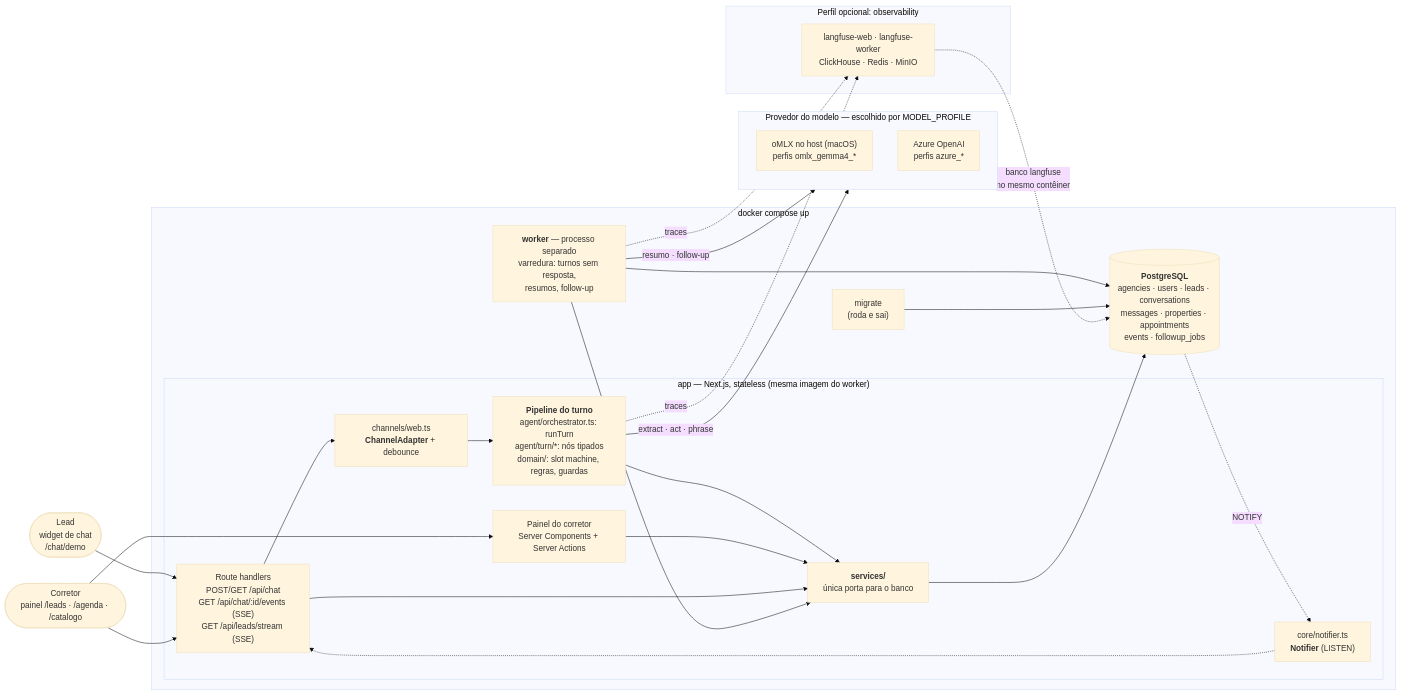
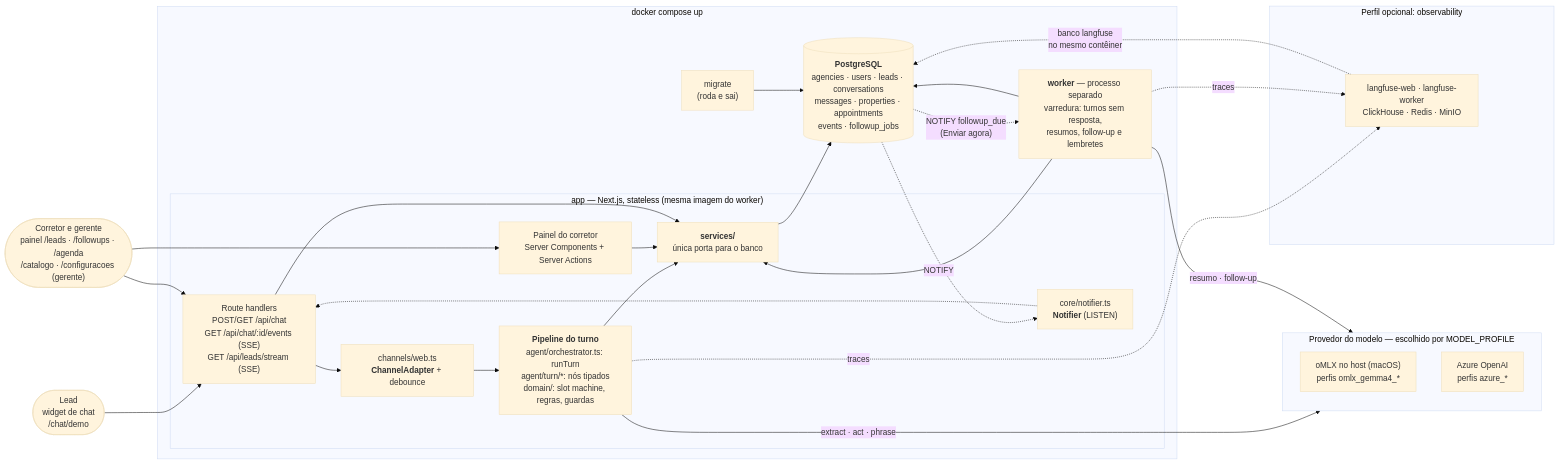
Before and after one commit to leanseefeld/8iadt-tc-fase5-agente-sdr-imobiliario: the first of 2 diagrams in docs/arquitetura/visao-geral.md, drawn with Mermaid (base theme). The commit also changed other lines of this file and 21 other files, not shown here.

````diff
--- a/docs/arquitetura/visao-geral.md
+++ b/docs/arquitetura/visao-geral.md
@@ -20,48 +20,49 @@
 ```mermaid
 flowchart LR
     lead(["Lead<br/>widget de chat<br/>/chat/demo"])
-    broker(["Corretor<br/>painel /leads · /agenda · /catalogo"])
+    broker(["Corretor e gerente<br/>painel /leads · /followups · /agenda<br/>/catalogo · /configuracoes (gerente)"])
 
     subgraph compose["docker compose up"]
         subgraph app["app — Next.js, stateless (mesma imagem do worker)"]
             routes["Route handlers<br/>POST/GET /api/chat<br/>GET /api/chat/:id/events (SSE)<br/>GET /api/leads/stream (SSE)"]
             ui["Painel do corretor<br/>Server Components + Server Actions"]
             web["channels/web.ts<br/><b>ChannelAdapter</b> + debounce"]
             turn["<b>Pipeline do turno</b><br/>agent/orchestrator.ts: runTurn<br/>agent/turn/*: nós tipados<br/>domain/: slot machine, regras, guardas"]
             svc["<b>services/</b><br/>única porta para o banco"]
             notif["core/notifier.ts<br/><b>Notifier</b> (LISTEN)"]
         end
-        worker["<b>worker</b> — processo separado<br/>varredura: turnos sem resposta,<br/>resumos, follow-up"]
+        worker["<b>worker</b> — processo separado<br/>varredura: turnos sem resposta,<br/>resumos, follow-up e lembretes"]
         pg[("<b>PostgreSQL</b><br/>agencies · users · leads · conversations<br/>messages · properties · appointments<br/>events · followup_jobs")]
         migrate["migrate<br/>(roda e sai)"]
     end
 
     subgraph modelo["Provedor do modelo — escolhido por MODEL_PROFILE"]
         omlx["oMLX no host (macOS)<br/>perfis omlx_gemma4_*"]
         azure["Azure OpenAI<br/>perfis azure_*"]
     end
 
     subgraph obs["Perfil opcional: observability"]
         lf["langfuse-web · langfuse-worker<br/>ClickHouse · Redis · MinIO"]
     end
 
     lead --> routes
     broker --> ui
     broker --> routes
     routes --> web
     web --> turn
     turn --> svc
     ui --> svc
     routes --> svc
     svc --> pg
     pg -. "NOTIFY" .-> notif
     notif -.-> routes
+    pg -. "NOTIFY followup_due<br/>(Enviar agora)" .-> worker
     worker --> svc
     worker --> pg
     migrate --> pg
     turn -- "extract · act · phrase" --> modelo
     worker -- "resumo · follow-up" --> modelo
     turn -. "traces" .-> lf
     worker -. "traces" .-> lf
     lf -. "banco langfuse<br/>no mesmo contêiner" .-> pg
 ```
````
